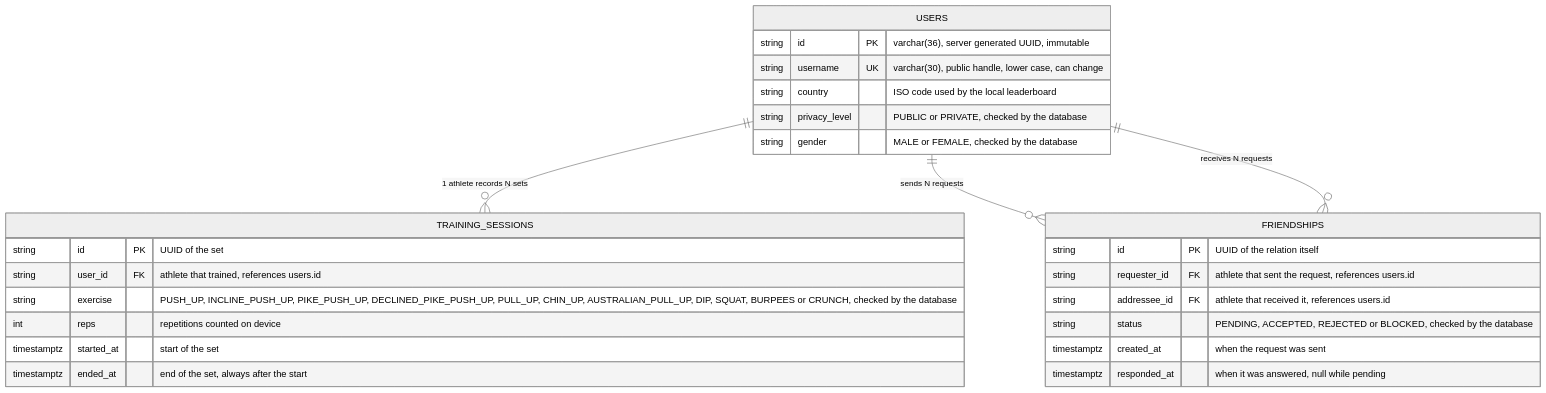
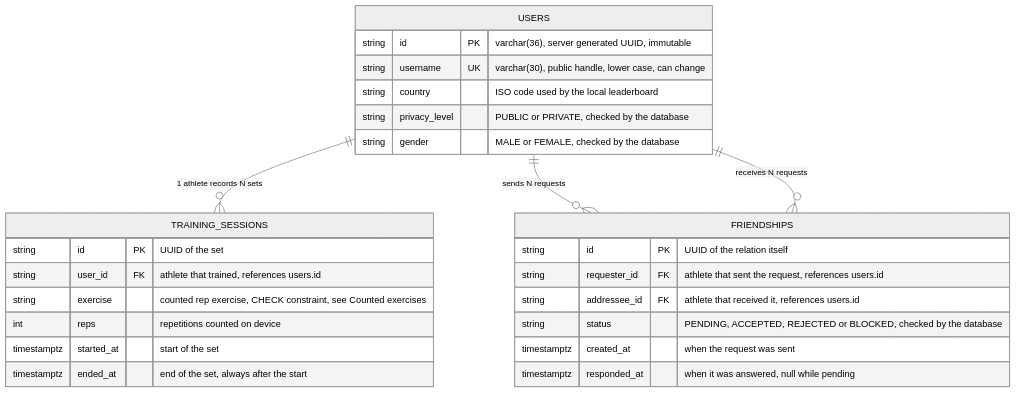
Before and after one commit to yeikobu/tatakae-api: the first of 2 diagrams in README.md, drawn with Mermaid (neutral theme). The commit also changed other lines of this file and 1 other file, not shown here.

````diff
--- a/README.md
+++ b/README.md
@@ -356,32 +356,32 @@
 ```mermaid
 erDiagram
     USERS ||--o{ TRAINING_SESSIONS : "1 athlete records N sets"
     USERS ||--o{ FRIENDSHIPS : "sends N requests"
     USERS ||--o{ FRIENDSHIPS : "receives N requests"
 
     USERS {
         string id PK "varchar(36), server generated UUID, immutable"
         string username UK "varchar(30), public handle, lower case, can change"
         string country "ISO code used by the local leaderboard"
         string privacy_level "PUBLIC or PRIVATE, checked by the database"
         string gender "MALE or FEMALE, checked by the database"
     }
 
     FRIENDSHIPS {
         string id PK "UUID of the relation itself"
         string requester_id FK "athlete that sent the request, references users.id"
         string addressee_id FK "athlete that received it, references users.id"
         string status "PENDING, ACCEPTED, REJECTED or BLOCKED, checked by the database"
         timestamptz created_at "when the request was sent"
         timestamptz responded_at "when it was answered, null while pending"
     }
 
     TRAINING_SESSIONS {
         string id PK "UUID of the set"
         string user_id FK "athlete that trained, references users.id"
-        string exercise "PUSH_UP, INCLINE_PUSH_UP, PIKE_PUSH_UP, DECLINED_PIKE_PUSH_UP, PULL_UP, CHIN_UP, AUSTRALIAN_PULL_UP, DIP, SQUAT, BURPEES or CRUNCH, checked by the database"
+        string exercise "counted rep exercise, CHECK constraint, see Counted exercises"
         int reps "repetitions counted on device"
         timestamptz started_at "start of the set"
         timestamptz ended_at "end of the set, always after the start"
     }
 ```
````
